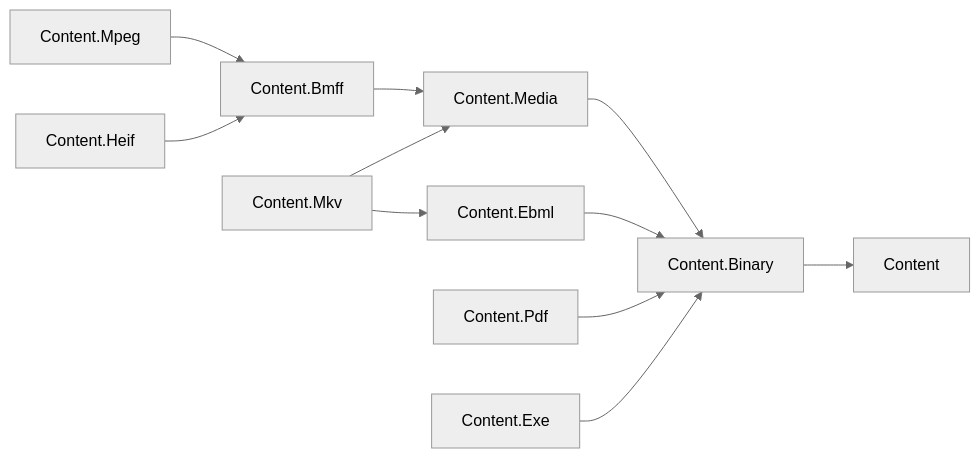
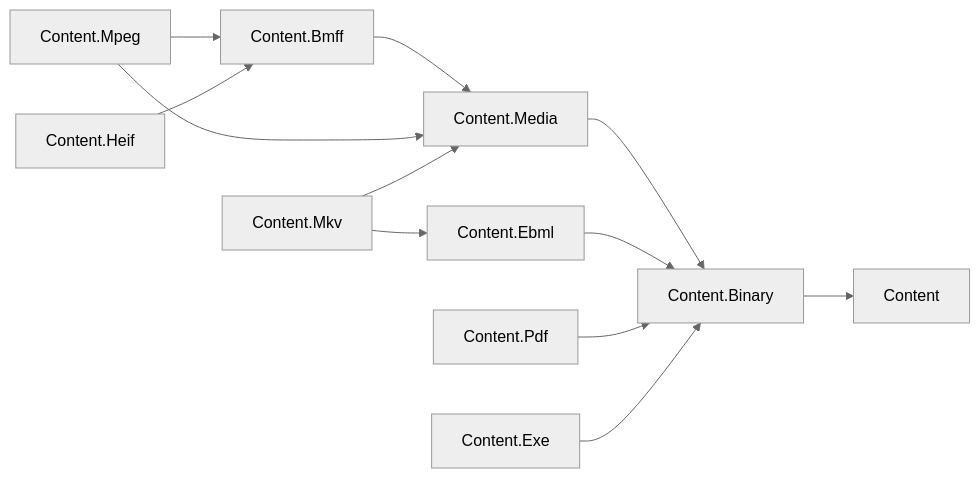
The diagram in docs/libraries/Content/DESIGN.md (assimalign/cohesion), drawn with Mermaid (neutral theme) before and after one commit. The commit also changed other lines of this file and 7 other files, not shown here.

````diff
--- a/docs/libraries/Content/DESIGN.md
+++ b/docs/libraries/Content/DESIGN.md
@@ -63,23 +63,24 @@
 ```mermaid
 flowchart LR
     Root["Content"]
     Binary["Content.Binary"]
     Media["Content.Media"]
     Bmff["Content.Bmff"]
     Mpeg["Content.Mpeg"]
     Heif["Content.Heif"]
     Ebml["Content.Ebml"]
     Mkv["Content.Mkv"]
     Pdf["Content.Pdf"]
     Exe["Content.Exe"]
     Binary --> Root
     Media --> Binary
     Bmff --> Media
     Mpeg --> Bmff
+    Mpeg --> Media
     Heif --> Bmff
     Ebml --> Binary
     Mkv --> Ebml
     Mkv --> Media
     Pdf --> Binary
     Exe --> Binary
 ```
````
